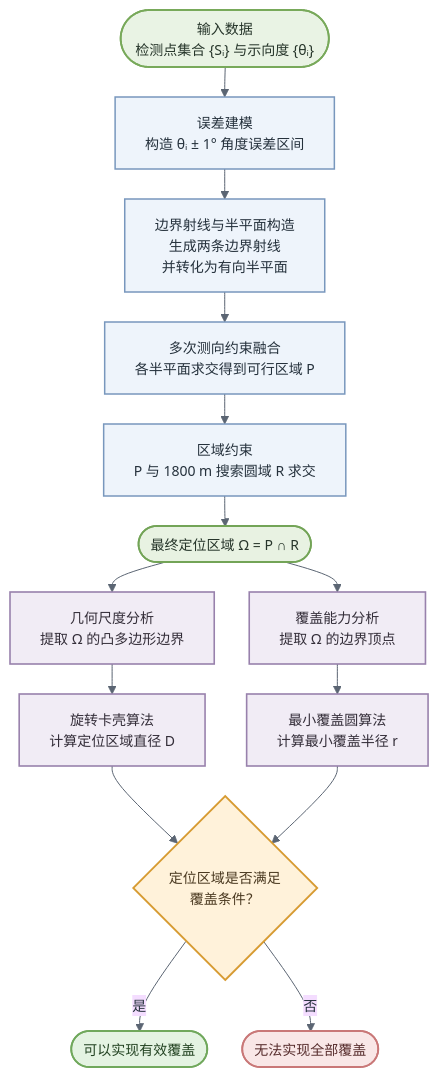
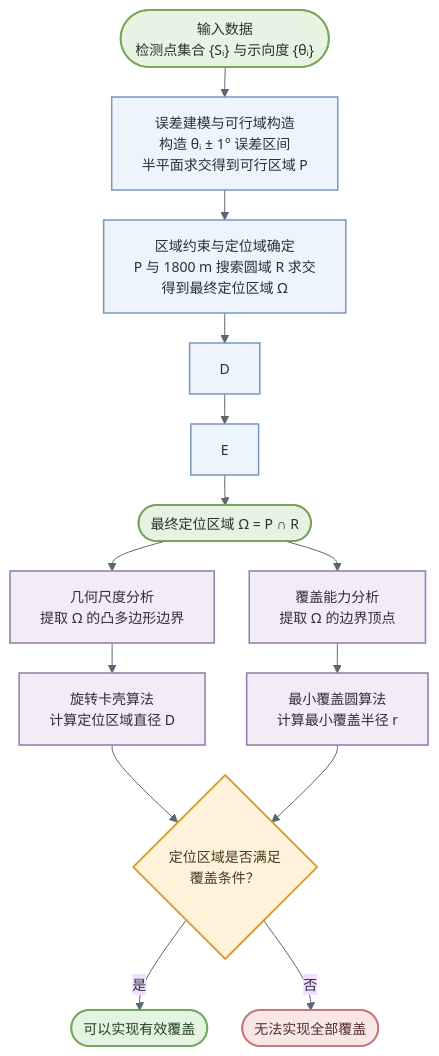
Before and after one commit to Kristine922/iodraw-files: the diagram in all/未命名.md, drawn with Mermaid.

Commit message:
2026-09-11 18:46:55 update

````diff
--- a/all/未命名.md
+++ b/all/未命名.md
@@ -1,70 +1,65 @@
 ```mermaid
 %%{init: {
   "theme": "base",
   "themeVariables": {
     "fontFamily": "Microsoft YaHei, SimHei, Arial",
     "fontSize": "14px",
     "lineColor": "#5B6573",
     "primaryTextColor": "#25313C"
   },
   "flowchart": {
     "curve": "basis",
     "nodeSpacing": 35,
     "rankSpacing": 30
   }
 }}%%
 
 flowchart TB
 
 A(["输入数据<br/>检测点集合 {Sᵢ} 与示向度 {θᵢ}"])
 
-B["误差建模<br/>构造 θᵢ ± 1° 角度误差区间"]
+B["误差建模与可行域构造<br/>构造 θᵢ ± 1° 误差区间<br/>半平面求交得到可行区域 P"]
 
-C["边界射线与半平面构造<br/>生成两条边界射线<br/>并转化为有向半平面"]
-
-D["多次测向约束融合<br/>各半平面求交得到可行区域 P"]
-
-E["区域约束<br/>P 与 1800 m 搜索圆域 R 求交"]
-
+C["区域约束与定位域确定<br/>P 与 1800 m 搜索圆域 R 求交<br/>得到最终定位区域 Ω"]
 F(["最终定位区域 Ω = P ∩ R"])
 
 A --> B --> C --> D --> E --> F
 
 %% 算法并行部分
 F --> G
 F --> H
 
 G["几何尺度分析<br/>提取 Ω 的凸多边形边界"]
 I["旋转卡壳算法<br/>计算定位区域直径 D"]
 
 H["覆盖能力分析<br/>提取 Ω 的边界顶点"]
 J["最小覆盖圆算法<br/>计算最小覆盖半径 r"]
 
 G --> I
 H --> J
 
 I --> K
 J --> K
 
 K{"定位区域是否满足<br/>覆盖条件？"}
 
 K -- "是" --> L(["可以实现有效覆盖"])
 K -- "否" --> M(["无法实现全部覆盖"])
 
 
 classDef inputNode fill:#E9F3E4,stroke:#78A95A,stroke-width:1.8px,color:#26352A;
 classDef processNode fill:#EEF4FB,stroke:#7897BD,stroke-width:1.5px,color:#25313C;
 classDef algoNode fill:#F1ECF5,stroke:#9881AC,stroke-width:1.6px,color:#332D38;
 classDef resultNode fill:#E8F2E2,stroke:#73A457,stroke-width:1.8px,color:#26352A;
 classDef decisionNode fill:#FFF2DA,stroke:#D79B32,stroke-width:1.8px,color:#4A3920;
 classDef successNode fill:#E4F3E2,stroke:#70A85C,stroke-width:1.8px,color:#234322;
 classDef failNode fill:#F9E7E7,stroke:#C97878,stroke-width:1.8px,color:#572D2D;
 
 class A inputNode;
 class B,C,D,E processNode;
 class F resultNode;
 class G,H,I,J algoNode;
 class K decisionNode;
 class L successNode;
 class M failNode;
 ```
````
